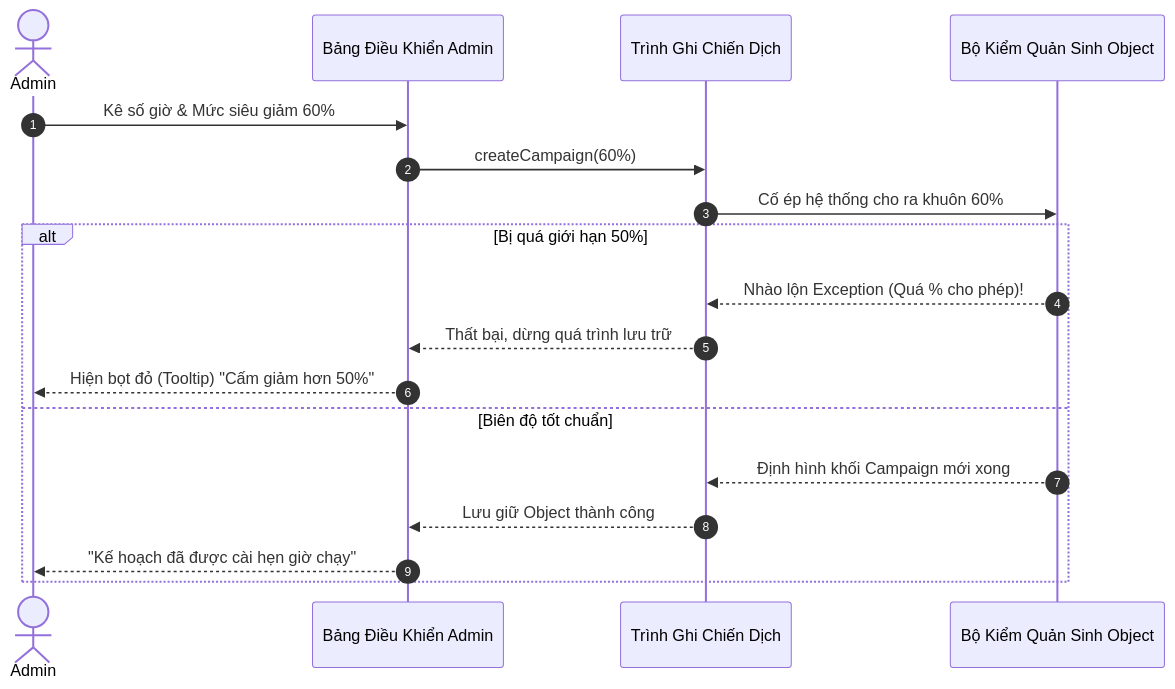
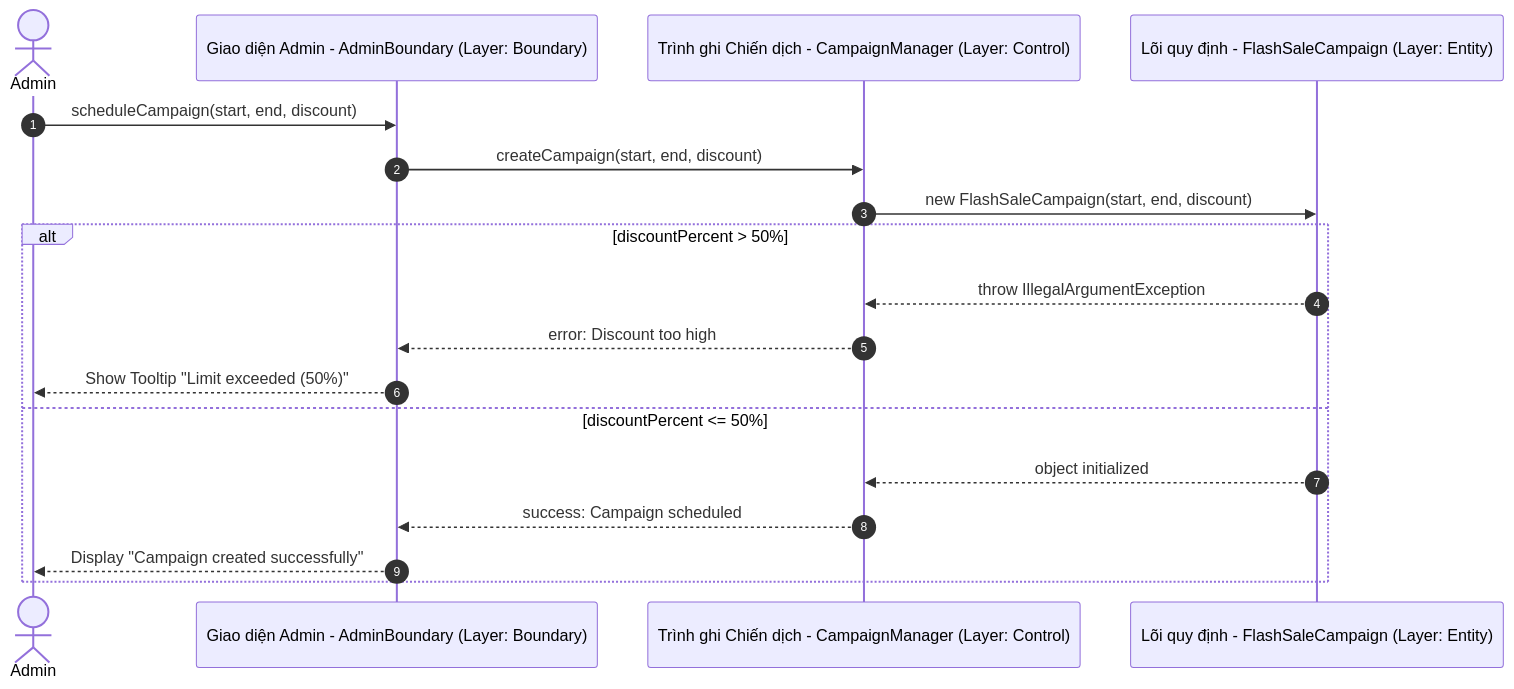
The fourth of 6 diagrams in flashsale_diagrams.md (BestHoaBonn/flashsaledemo), drawn with Mermaid before and after one commit. The commit also changed other lines of this file and 15 other files, not shown here.

Commit message:
feat: implement flash sale core entities and BDD test suite for campaign management, inventory, and analytics

````diff
--- a/flashsale_diagrams.md
+++ b/flashsale_diagrams.md
@@ -179,22 +182,22 @@
 ```mermaid
 sequenceDiagram
     autonumber
     actor Admin
-    participant UI as Bảng Điều Khiển Admin
-    participant Control as Trình Ghi Chiến Dịch
-    participant Entity as Bộ Kiểm Quản Sinh Object
+    participant Boundary as Giao diện Admin - AdminBoundary (Layer: Boundary)
+    participant Control as Trình ghi Chiến dịch - CampaignManager (Layer: Control)
+    participant Entity as Lõi quy định - FlashSaleCampaign (Layer: Entity)
 
-    Admin->>UI: Kê số giờ & Mức siêu giảm 60%
-    UI->>Control: createCampaign(60%)
-    Control->>Entity: Cố ép hệ thống cho ra khuôn 60%
+    Admin->>Boundary: scheduleCampaign(start, end, discount)
+    Boundary->>Control: createCampaign(start, end, discount)
+    Control->>Entity: new FlashSaleCampaign(start, end, discount)
     
-    alt Bị quá giới hạn 50%
-        Entity-->>Control: Nhào lộn Exception (Quá % cho phép)!
-        Control-->>UI: Thất bại, dừng quá trình lưu trữ
-        UI-->>Admin: Hiện bọt đỏ (Tooltip) "Cấm giảm hơn 50%"
-    else Biên độ tốt chuẩn
-        Entity-->>Control: Định hình khối Campaign mới xong
-        Control-->>UI: Lưu giữ Object thành công
-        UI-->>Admin: "Kế hoạch đã được cài hẹn giờ chạy"
+    alt discountPercent > 50%
+        Entity-->>Control: throw IllegalArgumentException
+        Control-->>Boundary: error: Discount too high
+        Boundary-->>Admin: Show Tooltip "Limit exceeded (50%)"
+    else discountPercent <= 50%
+        Entity-->>Control: object initialized
+        Control-->>Boundary: success: Campaign scheduled
+        Boundary-->>Admin: Display "Campaign created successfully"
     end
 ```
````
